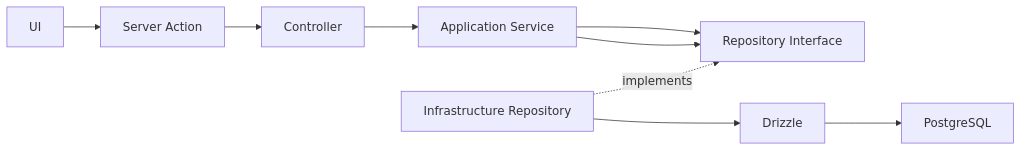
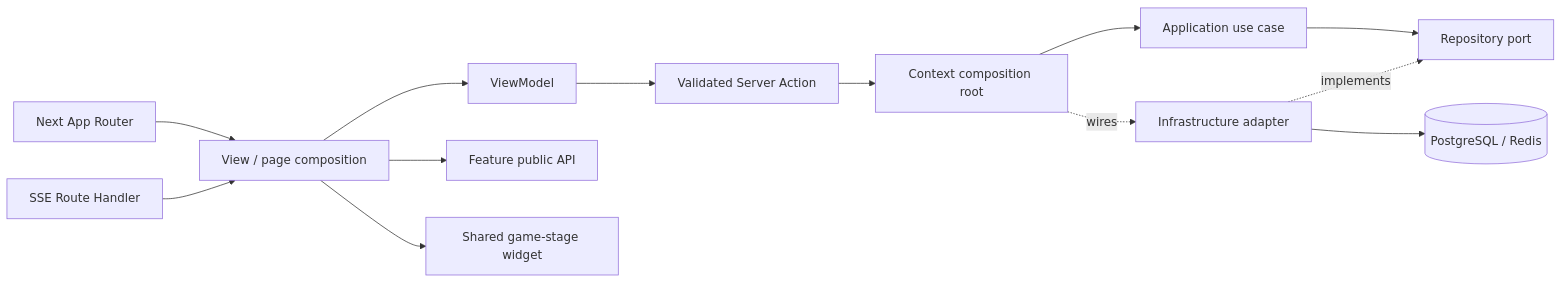
The diagram in docs/codigo/arquitetura-web-app.md (LucasSilvaC/olimpo-fake-news-ai), drawn with Mermaid before and after one commit. The commit also changed other lines of this file and 97 other files, not shown here.

````diff
--- a/docs/codigo/arquitetura-web-app.md
+++ b/docs/codigo/arquitetura-web-app.md
@@ -13,10 +34,15 @@
 ```mermaid
 flowchart LR
-  UI --> Action[Server Action]
-  Action --> Controller
-  Controller --> ApplicationService[Application Service]
-  ApplicationService --> RepositoryInterface[Repository Interface]
-  InfrastructureRepository[Infrastructure Repository] --> Drizzle --> PostgreSQL
-  ApplicationService --> RepositoryInterface
-  InfrastructureRepository -.implements.-> RepositoryInterface
+  Route[Next App Router] --> View[View / page composition]
+  View --> VM[ViewModel]
+  View --> Feature[Feature public API]
+  View --> Widget[Shared game-stage widget]
+  VM --> Action[Validated Server Action]
+  Action --> Root[Context composition root]
+  Root --> UseCase[Application use case]
+  UseCase --> Port[Repository port]
+  Root -. wires .-> Adapter[Infrastructure adapter]
+  Adapter -. implements .-> Port
+  Adapter --> DB[(PostgreSQL / Redis)]
+  EventRoute[SSE Route Handler] --> View
 ```
````
